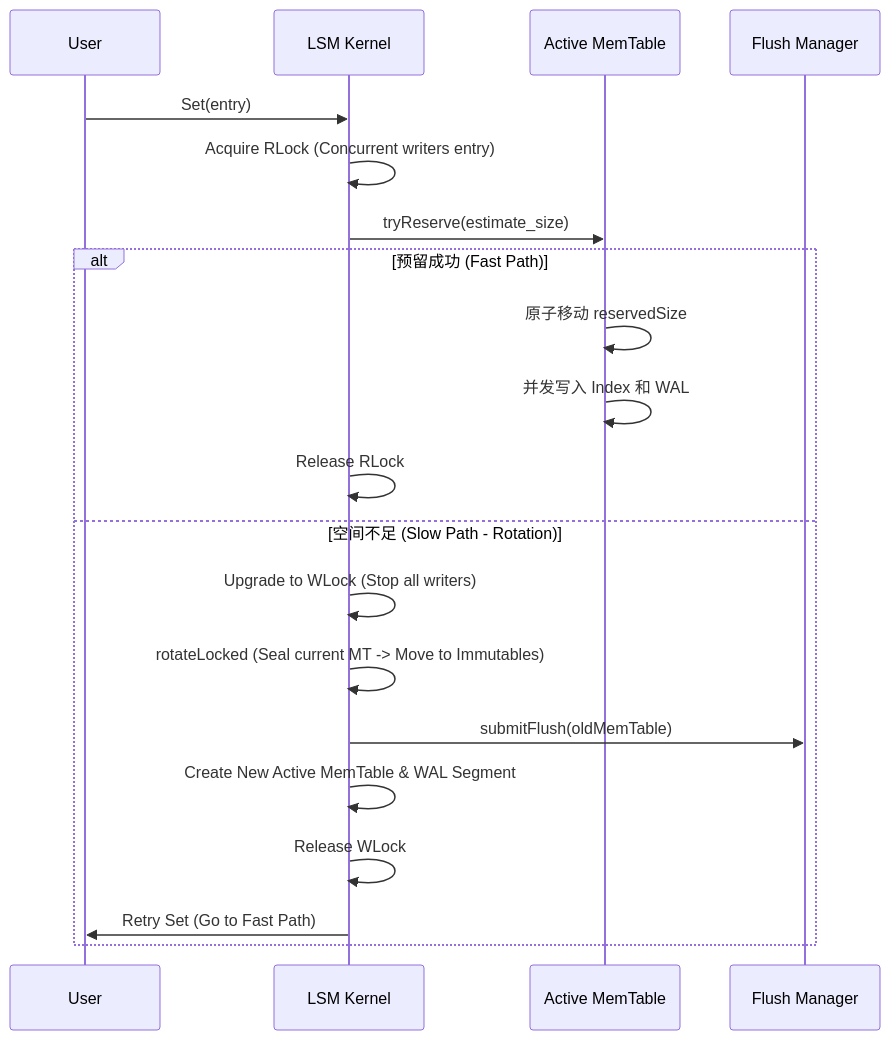
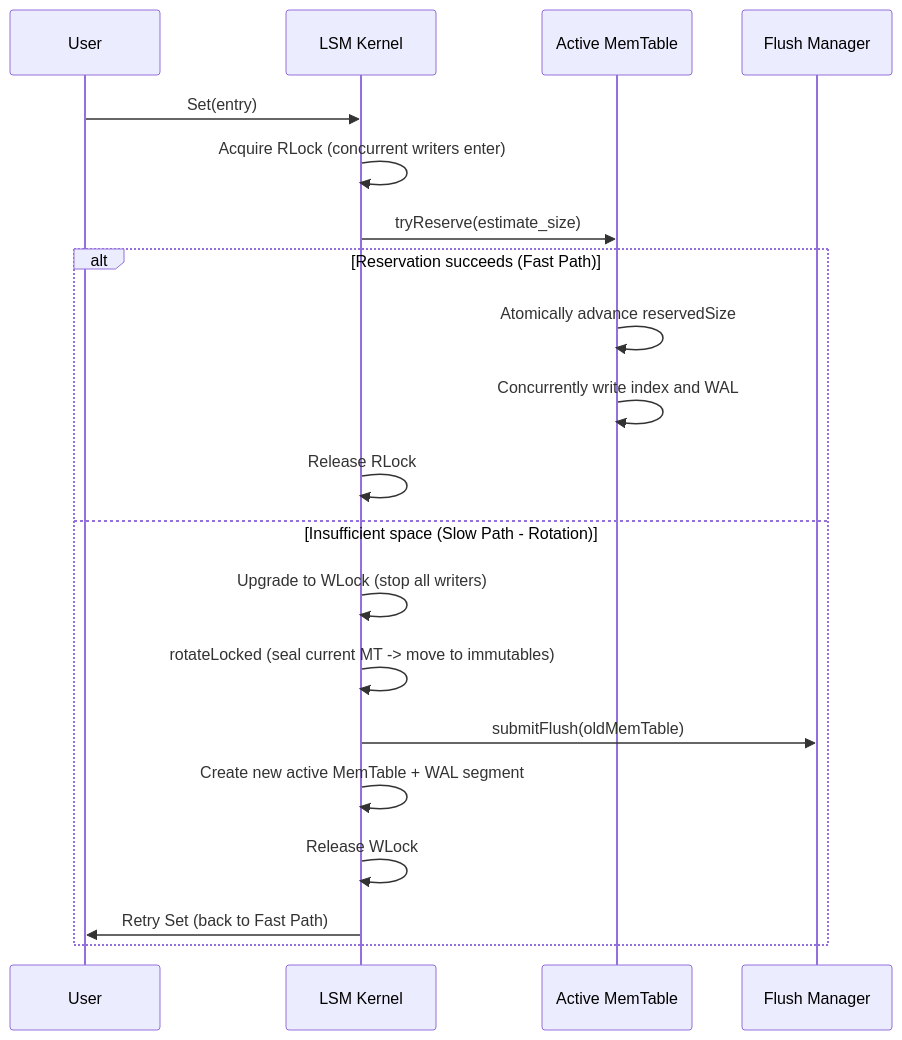
The diagram in docs/notes/2026-02-09-memory-kernel-arena-and-adaptive-index.md (feichai0017/NoKV), drawn with Mermaid before and after one commit. The commit also changed other lines of this file and 23 other files, not shown here.

````diff
--- a/docs/notes/2026-02-09-memory-kernel-arena-and-adaptive-index.md
+++ b/docs/notes/2026-02-09-memory-kernel-arena-and-adaptive-index.md
@@ -97,23 +97,23 @@
 ```mermaid
 sequenceDiagram
     participant U as User
     participant LSM as LSM Kernel
     participant MT as Active MemTable
     participant FM as Flush Manager
 
     U->>LSM: Set(entry)
-    LSM->>LSM: Acquire RLock (Concurrent writers entry)
+    LSM->>LSM: Acquire RLock (concurrent writers enter)
     LSM->>MT: tryReserve(estimate_size)
-    alt 预留成功 (Fast Path)
-        MT->>MT: 原子移动 reservedSize
-        MT->>MT: 并发写入 Index 和 WAL
+    alt Reservation succeeds (Fast Path)
+        MT->>MT: Atomically advance reservedSize
+        MT->>MT: Concurrently write index and WAL
         LSM->>LSM: Release RLock
-    else 空间不足 (Slow Path - Rotation)
-        LSM->>LSM: Upgrade to WLock (Stop all writers)
-        LSM->>LSM: rotateLocked (Seal current MT -> Move to Immutables)
+    else Insufficient space (Slow Path - Rotation)
+        LSM->>LSM: Upgrade to WLock (stop all writers)
+        LSM->>LSM: rotateLocked (seal current MT -> move to immutables)
         LSM->>FM: submitFlush(oldMemTable)
-        LSM->>LSM: Create New Active MemTable & WAL Segment
+        LSM->>LSM: Create new active MemTable + WAL segment
         LSM->>LSM: Release WLock
-        LSM->>U: Retry Set (Go to Fast Path)
+        LSM->>U: Retry Set (back to Fast Path)
     end
 ```
````
